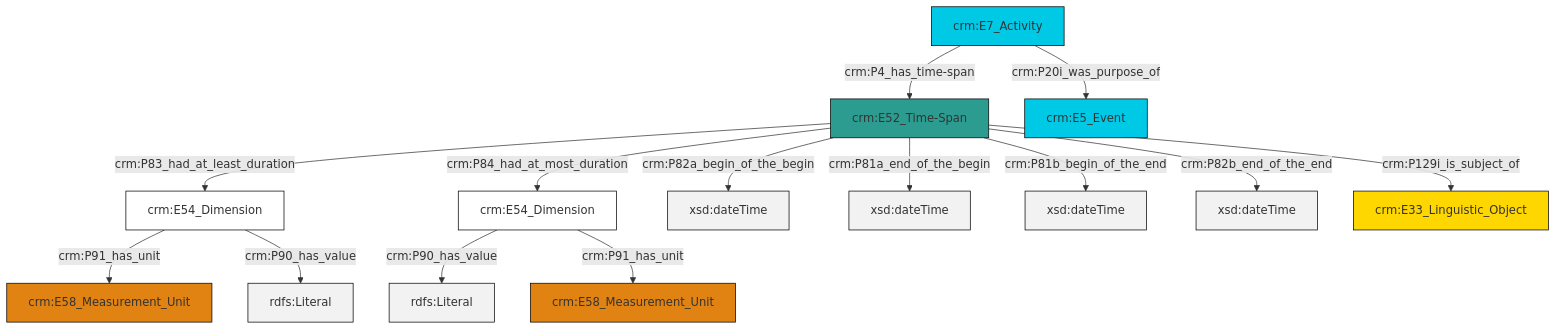
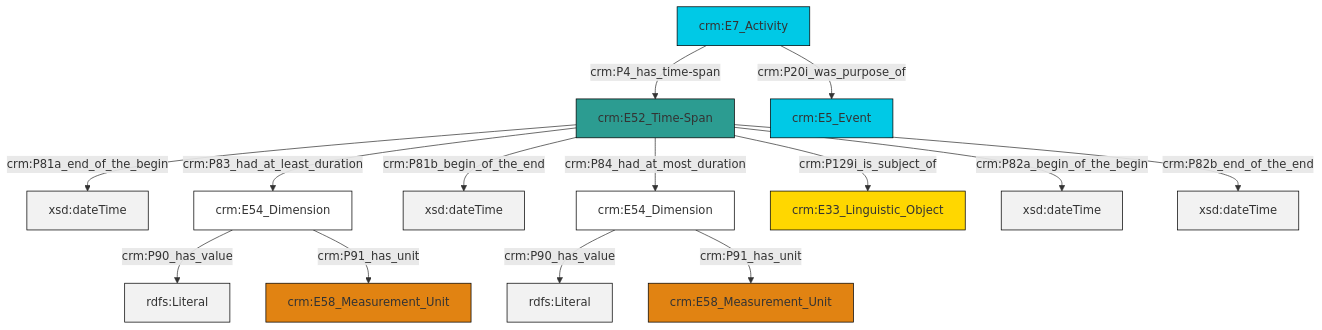
Before and after one commit to swiss-art-research-net/reference-data-models: the diagram in et/eventCSV/ttl/mmd/event_existence.ttl.mmd, drawn with Mermaid. The commit also changed 124 other files, not shown here.

```diff
--- a/et/eventCSV/ttl/mmd/event_existence.ttl.mmd
+++ b/et/eventCSV/ttl/mmd/event_existence.ttl.mmd
@@ -1,28 +1,28 @@
 graph TD
 classDef Literal fill:#f2f2f2,stroke:#000000;
 classDef CRM_Entity fill:#FFFFFF,stroke:#000000;
 classDef Temporal_Entity fill:#00C9E6, stroke:#000000;
 classDef Type fill:#E18312, stroke:#000000;
 classDef Time-Span fill:#2C9C91, stroke:#000000;
 classDef Appellation fill:#FFEB7F, stroke:#000000;
 classDef Place fill:#008836, stroke:#000000;
 classDef Persistent_Item fill:#B266B2, stroke:#000000;
 classDef Conceptual_Object fill:#FFD700, stroke:#000000;
 classDef Physical_Thing fill:#D2B48C, stroke:#000000;
 classDef Actor fill:#f58aad, stroke:#000000;
 classDef PC_Classes fill:#4ce600, stroke:#000000;
 classDef Multi fill:#cccccc,stroke:#000000;
 
-0["crm:E52_Time-Span"]:::Time-Span -->|crm:P83_had_at_least_duration| 1["crm:E54_Dimension"]:::CRM_Entity
-0["crm:E52_Time-Span"]:::Time-Span -->|crm:P82a_begin_of_the_begin| 7[xsd:dateTime]:::Literal
-0["crm:E52_Time-Span"]:::Time-Span -->|crm:P81a_end_of_the_begin| 8[xsd:dateTime]:::Literal
-2["crm:E7_Activity"]:::Temporal_Entity -->|crm:P20i_was_purpose_of| 9["crm:E5_Event"]:::Temporal_Entity
-1["crm:E54_Dimension"]:::CRM_Entity -->|crm:P91_has_unit| 10["crm:E58_Measurement_Unit"]:::Type
-0["crm:E52_Time-Span"]:::Time-Span -->|crm:P81b_begin_of_the_end| 12[xsd:dateTime]:::Literal
-5["crm:E54_Dimension"]:::CRM_Entity -->|crm:P90_has_value| 14[rdfs:Literal]:::Literal
-1["crm:E54_Dimension"]:::CRM_Entity -->|crm:P90_has_value| 16[rdfs:Literal]:::Literal
-0["crm:E52_Time-Span"]:::Time-Span -->|crm:P82b_end_of_the_end| 17[xsd:dateTime]:::Literal
-0["crm:E52_Time-Span"]:::Time-Span -->|crm:P129i_is_subject_of| 18["crm:E33_Linguistic_Object"]:::Conceptual_Object
-2["crm:E7_Activity"]:::Temporal_Entity -->|crm:P4_has_time-span| 0["crm:E52_Time-Span"]:::Time-Span
-5["crm:E54_Dimension"]:::CRM_Entity -->|crm:P91_has_unit| 20["crm:E58_Measurement_Unit"]:::Type
-0["crm:E52_Time-Span"]:::Time-Span -->|crm:P84_had_at_most_duration| 5["crm:E54_Dimension"]:::CRM_Entity
+2["crm:E52_Time-Span"]:::Time-Span -->|crm:P81a_end_of_the_begin| 3[xsd:dateTime]:::Literal
+4["crm:E54_Dimension"]:::CRM_Entity -->|crm:P90_has_value| 5[rdfs:Literal]:::Literal
+2["crm:E52_Time-Span"]:::Time-Span -->|crm:P81b_begin_of_the_end| 6[xsd:dateTime]:::Literal
+2["crm:E52_Time-Span"]:::Time-Span -->|crm:P83_had_at_least_duration| 4["crm:E54_Dimension"]:::CRM_Entity
+13["crm:E54_Dimension"]:::CRM_Entity -->|crm:P90_has_value| 14[rdfs:Literal]:::Literal
+2["crm:E52_Time-Span"]:::Time-Span -->|crm:P129i_is_subject_of| 15["crm:E33_Linguistic_Object"]:::Conceptual_Object
+9["crm:E7_Activity"]:::Temporal_Entity -->|crm:P20i_was_purpose_of| 7["crm:E5_Event"]:::Temporal_Entity
+2["crm:E52_Time-Span"]:::Time-Span -->|crm:P84_had_at_most_duration| 13["crm:E54_Dimension"]:::CRM_Entity
+9["crm:E7_Activity"]:::Temporal_Entity -->|crm:P4_has_time-span| 2["crm:E52_Time-Span"]:::Time-Span
+4["crm:E54_Dimension"]:::CRM_Entity -->|crm:P91_has_unit| 0["crm:E58_Measurement_Unit"]:::Type
+2["crm:E52_Time-Span"]:::Time-Span -->|crm:P82a_begin_of_the_begin| 19[xsd:dateTime]:::Literal
+2["crm:E52_Time-Span"]:::Time-Span -->|crm:P82b_end_of_the_end| 21[xsd:dateTime]:::Literal
+13["crm:E54_Dimension"]:::CRM_Entity -->|crm:P91_has_unit| 11["crm:E58_Measurement_Unit"]:::Type
```
